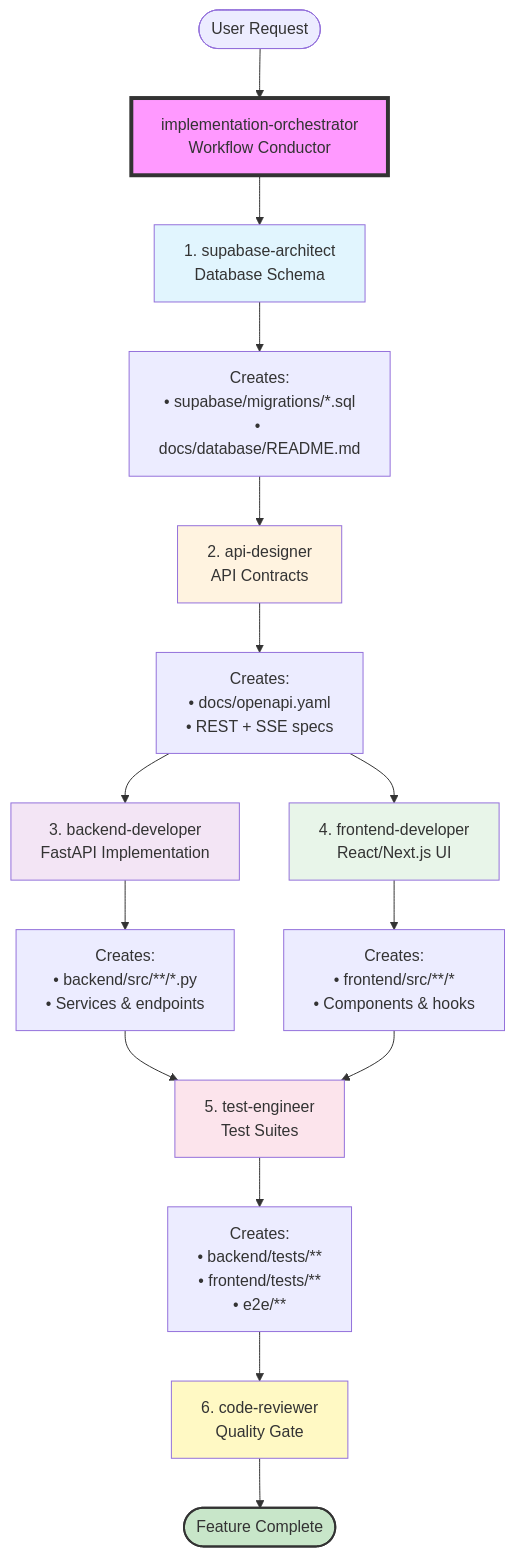
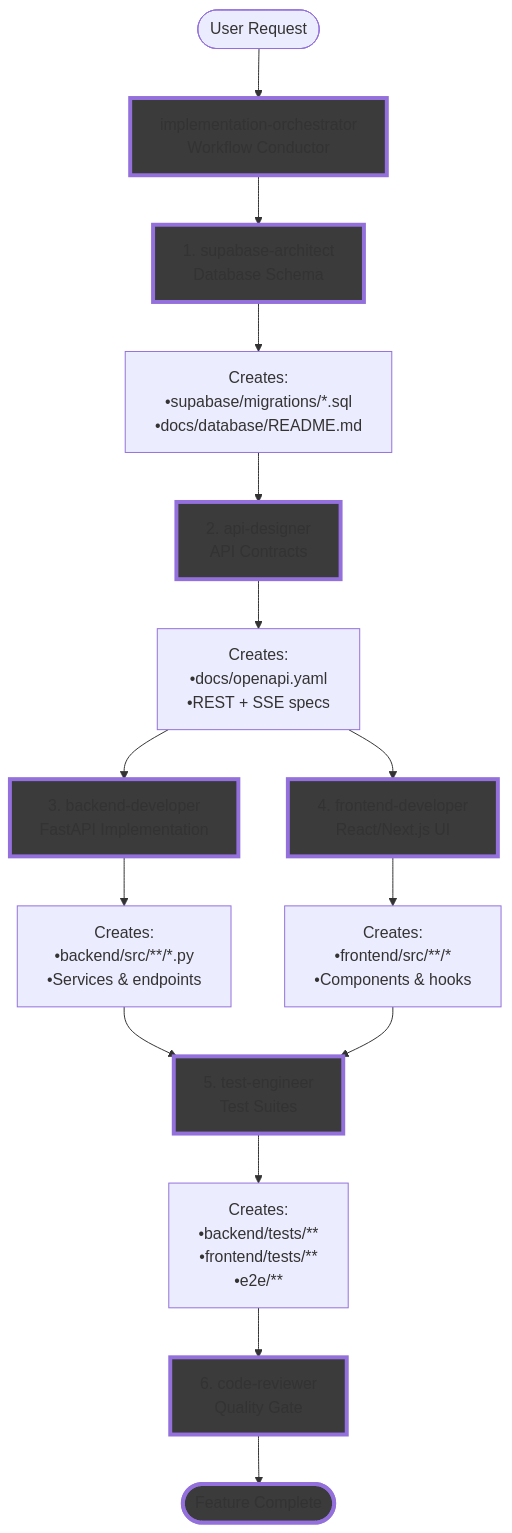
Before and after one commit to bodis/agents: the diagram in README.md, drawn with Mermaid.

Commit message:
readme color change

````diff
--- a/README.md
+++ b/README.md
@@ -50,32 +50,32 @@
 ```mermaid
 flowchart TD
     Start([User Request]) --> Orchestrator[implementation-orchestrator<br/>Workflow Conductor]
 
     Orchestrator --> DB[1. supabase-architect<br/>Database Schema]
-    DB --> DBFiles[Creates:<br/>• supabase/migrations/*.sql<br/>• docs/database/README.md]
+    DB --> DBFiles[Creates:<br/>•supabase/migrations/*.sql<br/>•docs/database/README.md]
 
     DBFiles --> API[2. api-designer<br/>API Contracts]
-    API --> APIFiles[Creates:<br/>• docs/openapi.yaml<br/>• REST + SSE specs]
+    API --> APIFiles[Creates:<br/>•docs/openapi.yaml<br/>•REST + SSE specs]
 
     APIFiles --> Backend[3. backend-developer<br/>FastAPI Implementation]
-    Backend --> BackendFiles[Creates:<br/>• backend/src/**/*.py<br/>• Services & endpoints]
+    Backend --> BackendFiles[Creates:<br/>•backend/src/**/*.py<br/>•Services & endpoints]
 
     APIFiles --> Frontend[4. frontend-developer<br/>React/Next.js UI]
-    Frontend --> FrontendFiles[Creates:<br/>• frontend/src/**/*<br/>• Components & hooks]
+    Frontend --> FrontendFiles[Creates:<br/>•frontend/src/**/*<br/>•Components & hooks]
 
     BackendFiles --> Tests[5. test-engineer<br/>Test Suites]
     FrontendFiles --> Tests
-    Tests --> TestFiles[Creates:<br/>• backend/tests/**<br/>• frontend/tests/**<br/>• e2e/**]
+    Tests --> TestFiles[Creates:<br/>•backend/tests/**<br/>•frontend/tests/**<br/>•e2e/**]
 
     TestFiles --> Review[6. code-reviewer<br/>Quality Gate]
     Review --> Complete([Feature Complete])
 
-    style Orchestrator fill:#f9f,stroke:#333,stroke-width:4px
-    style DB fill:#e1f5fe
-    style API fill:#fff3e0
-    style Backend fill:#f3e5f5
-    style Frontend fill:#e8f5e9
-    style Tests fill:#fce4ec
-    style Review fill:#fff9c4
-    style Complete fill:#c8e6c9,stroke:#333,stroke-width:2px
+    style Orchestrator fill:#3b3b3b,stroke-width:4px
+    style DB fill:#3b3b3b,stroke-width:4px
+    style API fill:#3b3b3b,stroke-width:4px
+    style Backend fill:#3b3b3b,stroke-width:4px
+    style Frontend fill:#3b3b3b,stroke-width:4px
+    style Tests fill:#3b3b3b,stroke-width:4px
+    style Review fill:#3b3b3b,stroke-width:4px
+    style Complete fill:#3b3b3b,stroke-width:4px
 ```
````
